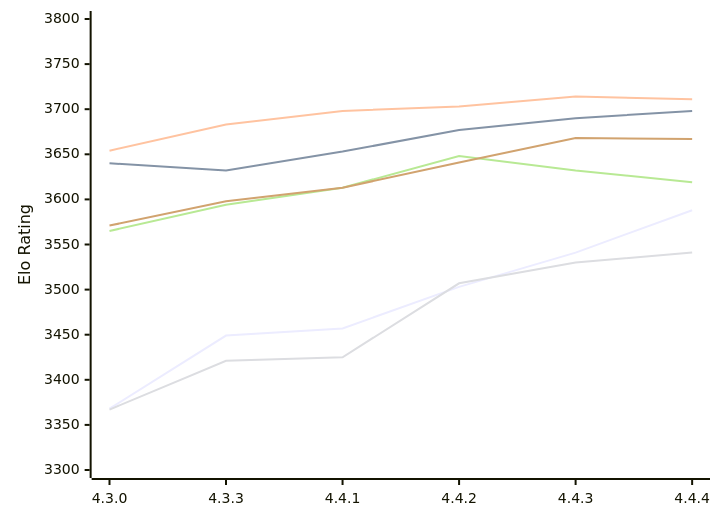
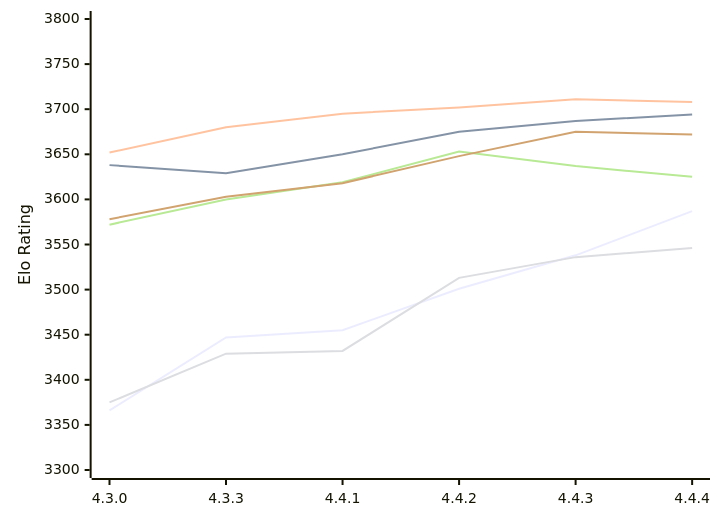
Before and after one commit to computer-chess-index/cci: the first of 2 diagrams in engines/Gaia.md, drawn with Mermaid. The commit also changed other lines of this file, not shown here.

Commit message:
Update CCI Ratings (ELO VLTC) - 2026-11-23

````diff
--- a/engines/Gaia.md
+++ b/engines/Gaia.md
@@ -63,12 +63,12 @@
 ```mermaid
 %%{init: {"theme":"base","themeVariables":{"seriesColors:['#a3a3a3','#222221','#faa371']}}}%%
 xychart-beta
   x-axis ["4.3.0", "4.3.3", "4.4.1", "4.4.2", "4.4.3", "4.4.4"]
   y-axis "Elo Rating" 3300 --> 3800
-  line "E1: STC (8.0+0.08s)" [3368, 3449, 3457, 3503, 3541, 3588]
-  line "E1: LTC (60.0+0.60s)" [3640, 3632, 3653, 3677, 3690, 3698]
-  line "E1: VLTC (2m24s+1.12s)" [3654, 3683, 3698, 3703, 3714, 3711]
-  line "P1: STC (8.0+0.08s)" [3367, 3421, 3425, 3507, 3530, 3541]
-  line "P1: LTC (60.0+0.60s)" [3565, 3594, 3613, 3648, 3632, 3619]
-  line "P1: VLTC (2m24s+1.12s)" [3571, 3598, 3613, 3641, 3668, 3667]
+  line "E1: STC (8.0+0.08s)" [3366, 3447, 3455, 3501, 3538, 3587]
+  line "E1: LTC (60.0+0.60s)" [3638, 3629, 3650, 3675, 3687, 3694]
+  line "E1: VLTC (2m24s+1.12s)" [3652, 3680, 3695, 3702, 3711, 3708]
+  line "P1: STC (8.0+0.08s)" [3375, 3429, 3432, 3513, 3536, 3546]
+  line "P1: LTC (60.0+0.60s)" [3572, 3600, 3619, 3653, 3637, 3625]
+  line "P1: VLTC (2m24s+1.12s)" [3578, 3603, 3618, 3648, 3675, 3672]
 ```
````
